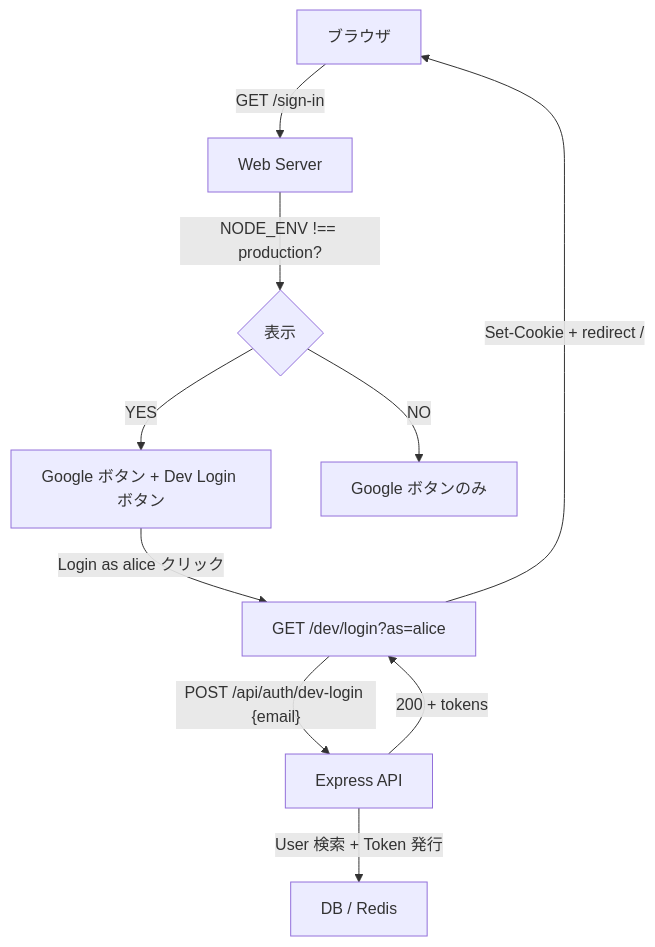
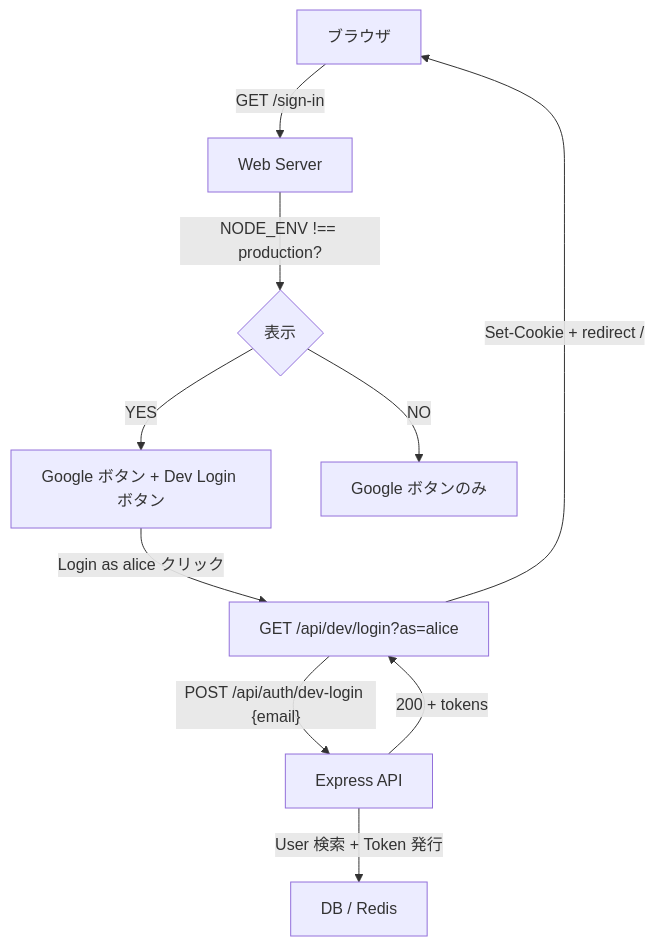
The first of 2 diagrams in docs/spec/dev-login/README.md (kentakki416/project-template), drawn with Mermaid before and after one commit. The commit also changed other lines of this file and 21 other files, not shown here.

````diff
--- a/docs/spec/dev-login/README.md
+++ b/docs/spec/dev-login/README.md
@@ -67,12 +67,12 @@
 ```mermaid
 flowchart TD
     A[ブラウザ] -->|"GET /sign-in"| B[Web Server]
     B -->|"NODE_ENV !== production?"| C{表示}
     C -->|YES| D["Google ボタン + Dev Login ボタン"]
     C -->|NO| E["Google ボタンのみ"]
-    D -->|"Login as alice クリック"| F["GET /dev/login?as=alice"]
+    D -->|"Login as alice クリック"| F["GET /api/dev/login?as=alice"]
     F -->|"POST /api/auth/dev-login {email}"| G[Express API]
     G -->|"User 検索 + Token 発行"| H[DB / Redis]
     G -->|"200 + tokens"| F
     F -->|"Set-Cookie + redirect /"| A
 ```
````
